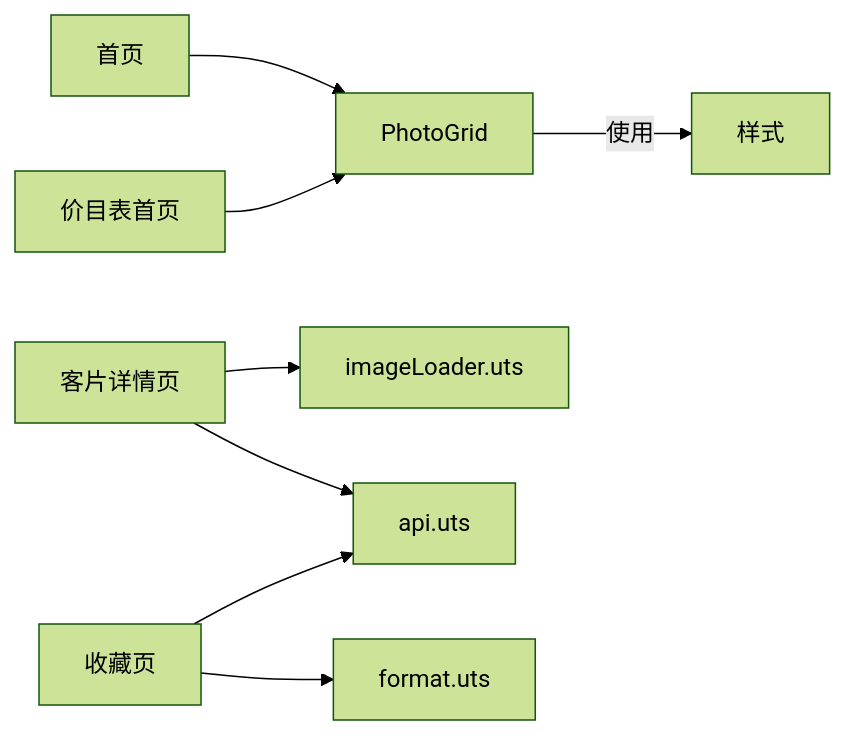
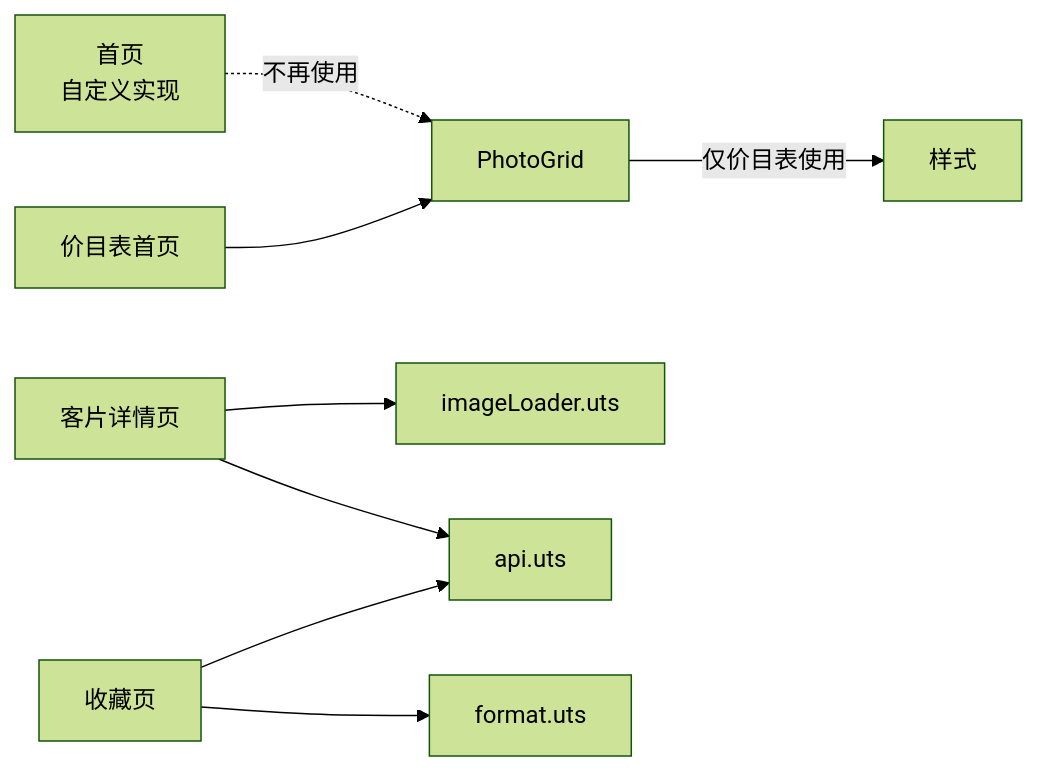
The fifth of 5 diagrams in .qoder/repowiki/zh/content/核心功能模块/客片管理系统/客片列表展示/图片网格组件.md (crazyma99/blueberry), drawn with Mermaid (forest theme) before and after one commit. The commit also changed other lines of this file and 79 other files, not shown here.

````diff
--- a/.qoder/repowiki/zh/content/核心功能模块/客片管理系统/客片列表展示/图片网格组件.md
+++ b/.qoder/repowiki/zh/content/核心功能模块/客片管理系统/客片列表展示/图片网格组件.md
@@ -251,10 +267,10 @@
 ```mermaid
 graph LR
-Grid["PhotoGrid"] --> |使用| Styles["样式"]
-Page1["首页"] --> Grid
+Grid["PhotoGrid"] --> |仅价目表使用| Styles["样式"]
+Page1["首页<br/>自定义实现"] -.->|不再使用| Grid
 Page2["价目表首页"] --> Grid
 Page3["客片详情页"] --> ImgLoader["imageLoader.uts"]
 Page3 --> API["api.uts"]
 Page4["收藏页"] --> API
 Page4 --> Format["format.uts"]
 ```
````
